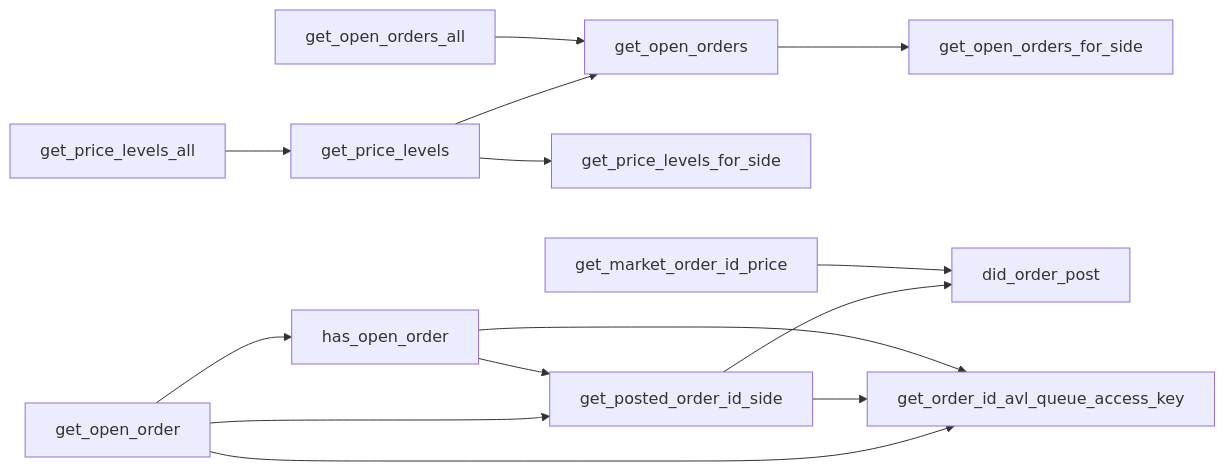
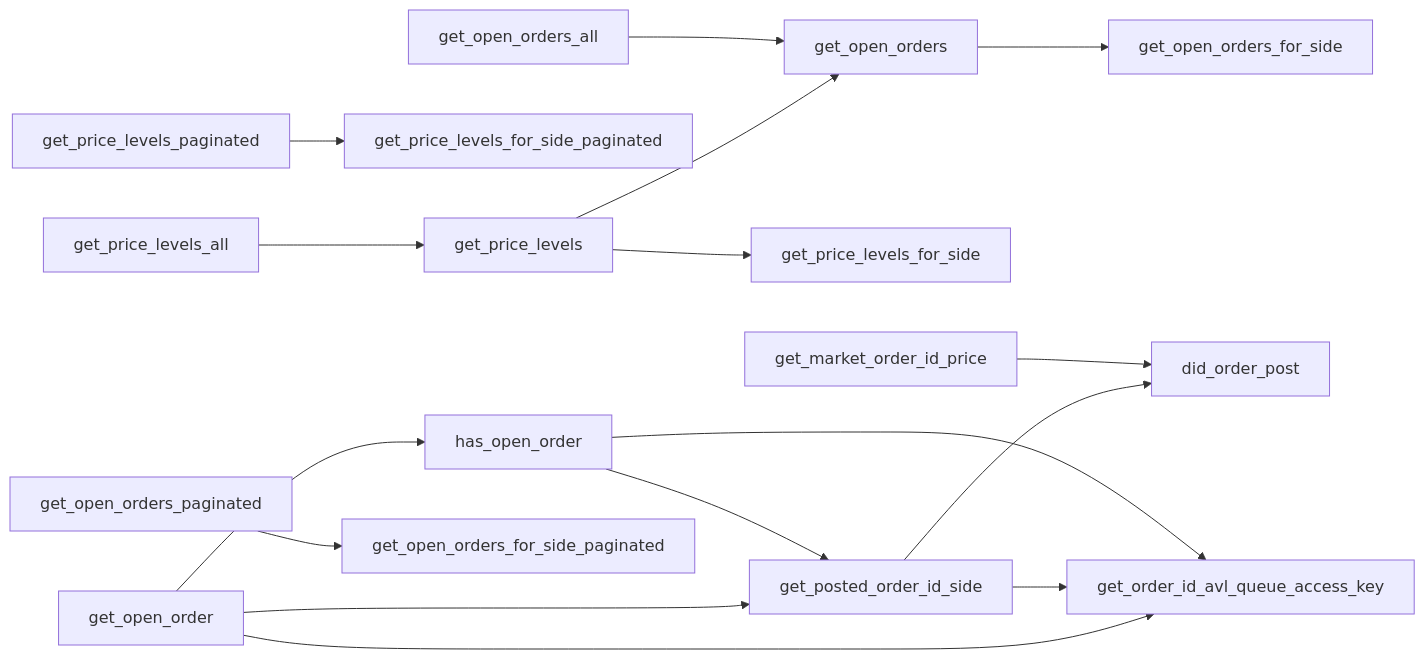
One commit to econia-labs/econia changed the sixth of 10 diagrams in src/move/econia/doc/market.md. Above: the diagram before and after it, drawn with Mermaid. The commit also changed other lines of this file and 21 other files, not shown here.

````diff
--- a/src/move/econia/doc/market.md
+++ b/src/move/econia/doc/market.md
@@ -369,19 +371,21 @@
 ```mermaid
 
 flowchart LR
 
 get_price_levels --> get_open_orders
 get_price_levels --> get_price_levels_for_side
 get_price_levels_all --> get_price_levels
+get_price_levels_paginated --> get_price_levels_for_side_paginated
 get_open_order --> has_open_order
 get_open_order --> get_posted_order_id_side
 get_open_order --> get_order_id_avl_queue_access_key
 get_posted_order_id_side --> did_order_post
 get_posted_order_id_side --> get_order_id_avl_queue_access_key
 has_open_order --> get_posted_order_id_side
 has_open_order --> get_order_id_avl_queue_access_key
 get_open_orders --> get_open_orders_for_side
 get_open_orders_all --> get_open_orders
+get_open_orders_paginated --> get_open_orders_for_side_paginated
 get_market_order_id_price --> did_order_post
 
 ```
````
